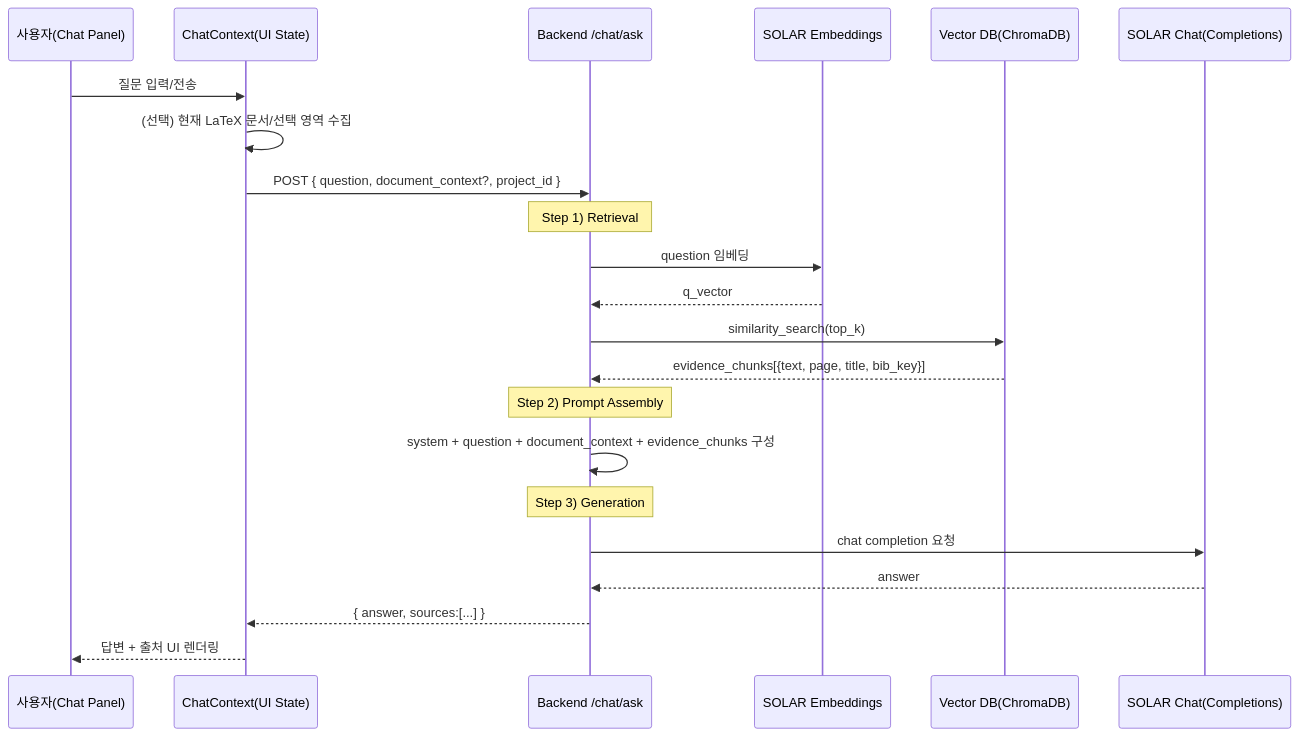
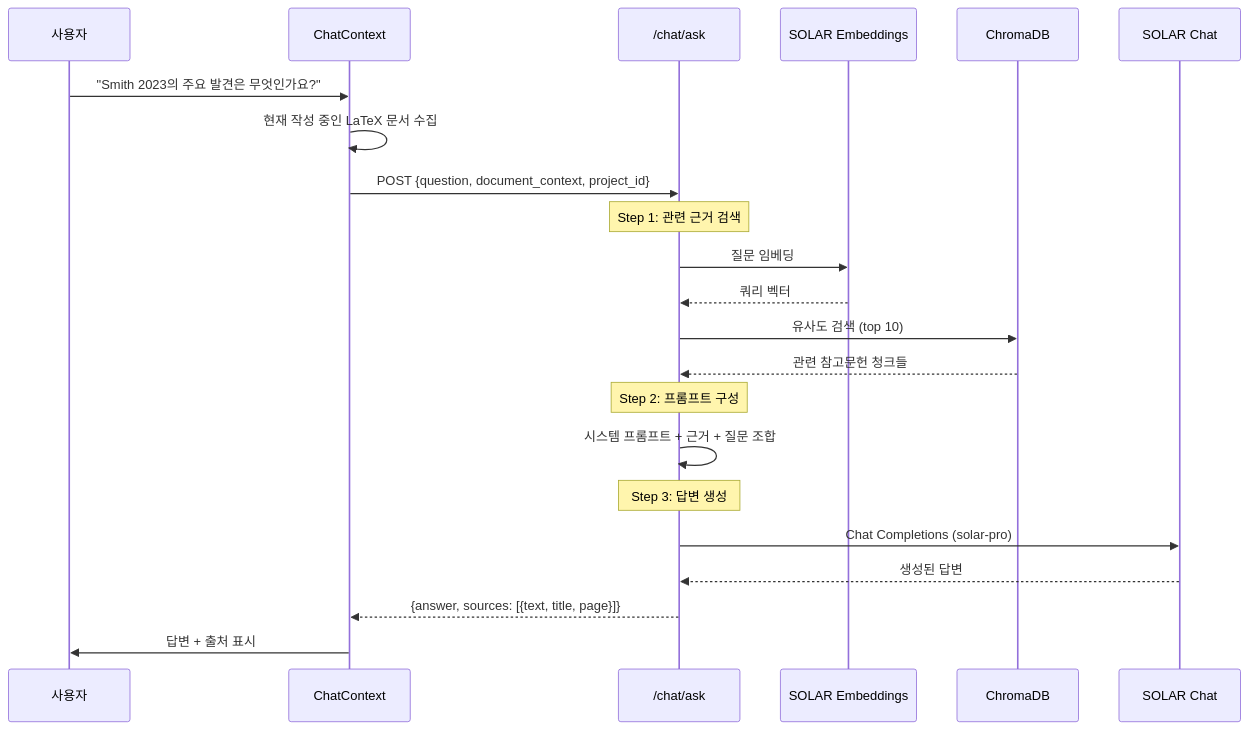
Before and after one commit to GoBeromsu/My-awesome-RA-: the third of 4 diagrams in README.md, drawn with Mermaid. The commit also changed other lines of this file and 1 other file, not shown here.

First line of the commit message:
docs(readme): localize to Korean and expand API/config documentation

````diff
--- a/README.md
+++ b/README.md
@@ -173,29 +119,30 @@
 ```mermaid
 sequenceDiagram
-    participant U as 사용자(Chat Panel)
-    participant CC as ChatContext(UI State)
-    participant API as Backend /chat/ask
-    participant EMB as SOLAR Embeddings
-    participant VDB as Vector DB(ChromaDB)
-    participant LLM as SOLAR Chat(Completions)
+    participant 사용자
+    participant Chat as ChatContext
+    participant API as /chat/ask
+    participant Embed as SOLAR Embeddings
+    participant DB as ChromaDB
+    participant LLM as SOLAR Chat
 
-    U->>CC: 질문 입력/전송
-    CC->>CC: (선택) 현재 LaTeX 문서/선택 영역 수집
-    CC->>API: POST { question, document_context?, project_id }
+    사용자->>Chat: "Smith 2023의 주요 발견은 무엇인가요?"
+    Chat->>Chat: 현재 작성 중인 LaTeX 문서 수집
 
-    Note over API: Step 1) Retrieval
-    API->>EMB: question 임베딩
-    EMB-->>API: q_vector
-    API->>VDB: similarity_search(top_k)
-    VDB-->>API: evidence_chunks[{text, page, title, bib_key}]
+    Chat->>API: POST {question, document_context, project_id}
 
-    Note over API: Step 2) Prompt Assembly
-    API->>API: system + question + document_context + evidence_chunks 구성
+    Note over API: Step 1: 관련 근거 검색
+    API->>Embed: 질문 임베딩
+    Embed-->>API: 쿼리 벡터
+    API->>DB: 유사도 검색 (top 10)
+    DB-->>API: 관련 참고문헌 청크들
 
-    Note over API: Step 3) Generation
-    API->>LLM: chat completion 요청
-    LLM-->>API: answer
+    Note over API: Step 2: 프롬프트 구성
+    API->>API: 시스템 프롬프트 + 근거 + 질문 조합
 
-    API-->>CC: { answer, sources:[...] }
-    CC-->>U: 답변 + 출처 UI 렌더링
+    Note over API: Step 3: 답변 생성
+    API->>LLM: Chat Completions (solar-pro)
+    LLM-->>API: 생성된 답변
+
+    API-->>Chat: {answer, sources: [{text, title, page}]}
+    Chat->>사용자: 답변 + 출처 표시
 ```
````
